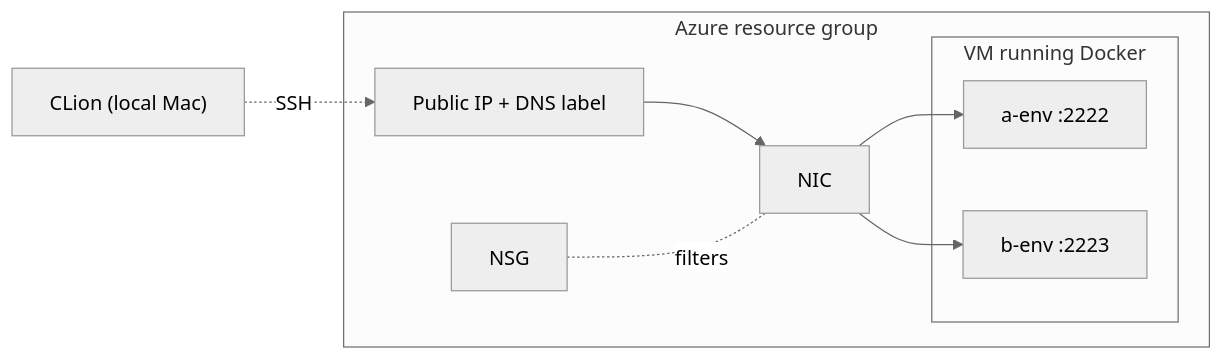
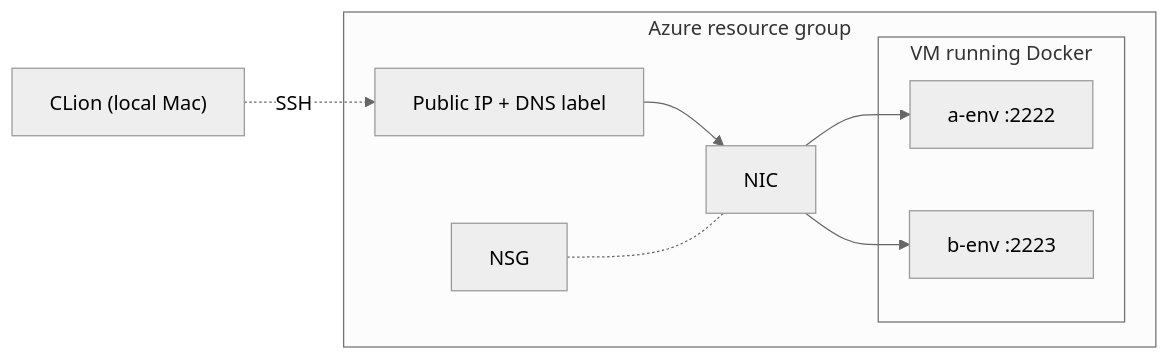
Before and after one commit to kylemart/gt-omscs-infra: the diagram in ARCHITECTURE.md, drawn with Mermaid (neutral theme).

Commit message:
Drop 'filters' label from NSG-NIC line

````diff
--- a/ARCHITECTURE.md
+++ b/ARCHITECTURE.md
@@ -7,21 +7,21 @@
 ```mermaid
 graph LR
     CLion["CLion (local Mac)"]
 
     subgraph RG["Azure resource group"]
         IP["Public IP + DNS label"]
         NIC["NIC"]
         NSG["NSG"]
 
         subgraph VM["VM running Docker"]
             a["a-env :2222"]
             b["b-env :2223"]
         end
     end
 
     CLion -.->|SSH| IP
     IP --> NIC
     NIC --> a
     NIC --> b
-    NSG -. filters .- NIC
+    NSG -.- NIC
 ```
````
